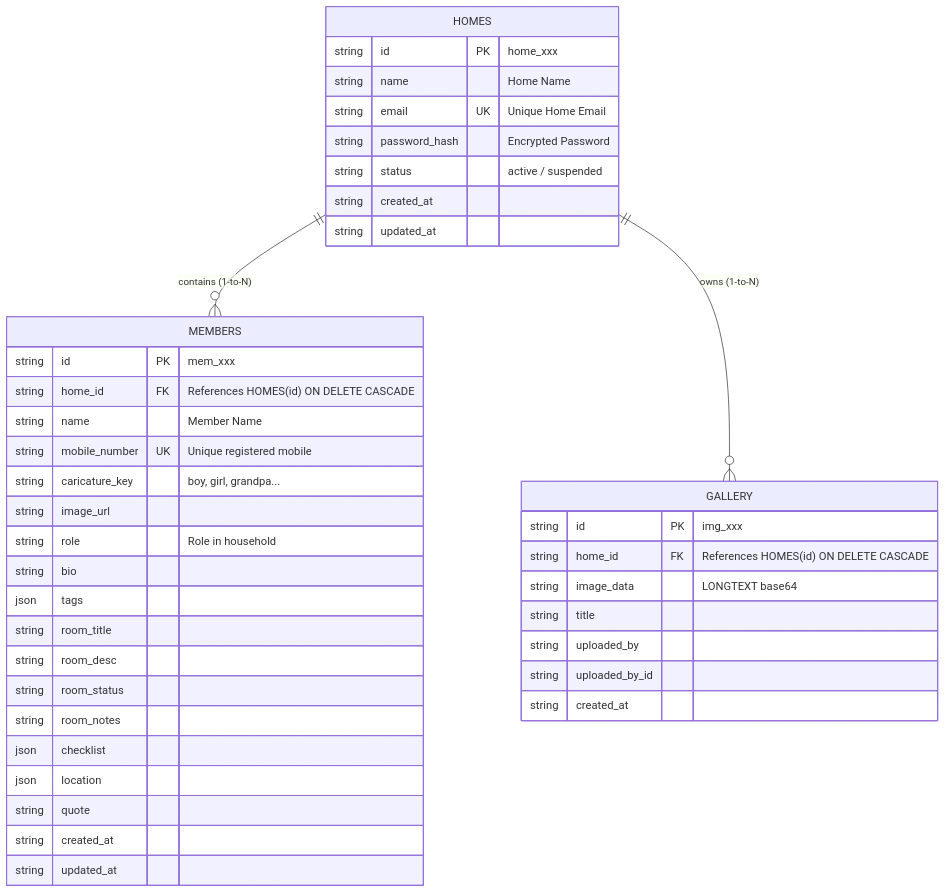
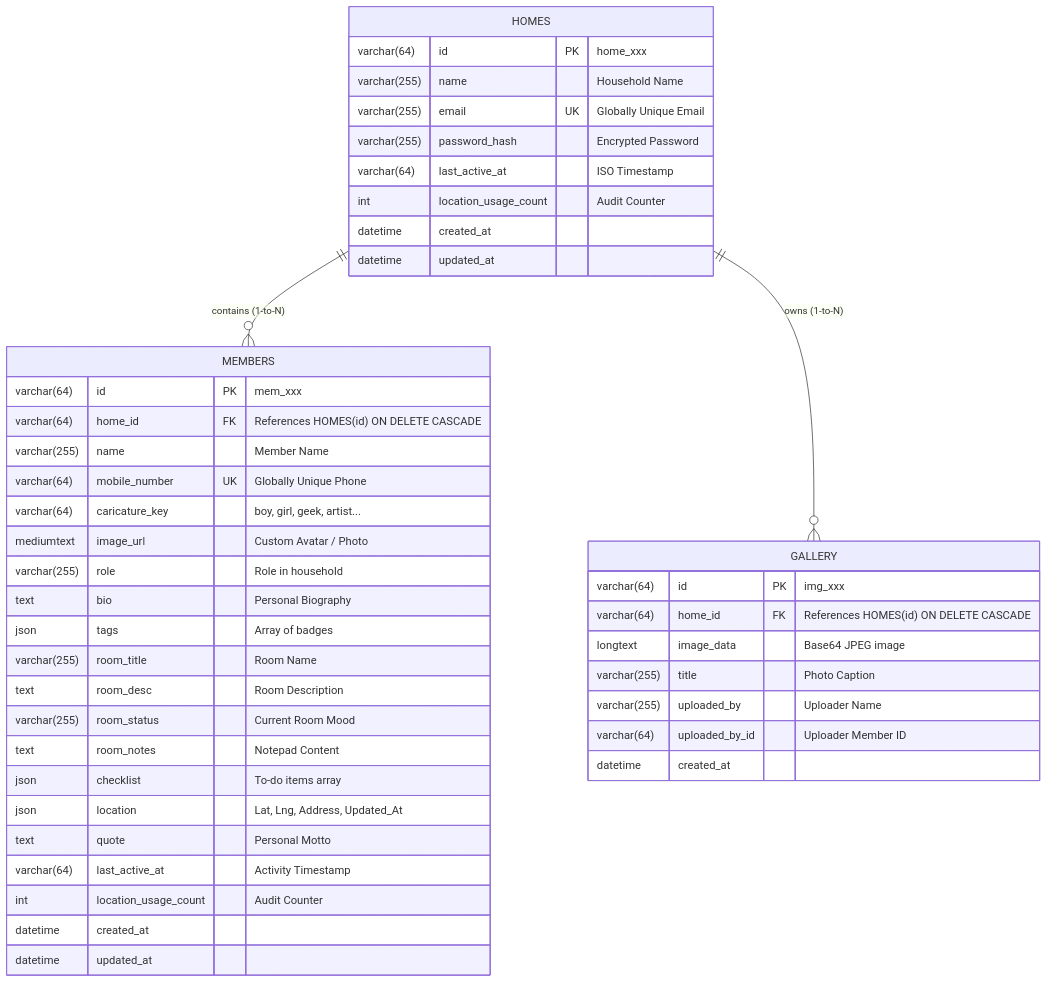
One commit to jishnurajlp777/family-home-app changed the diagram in docs/SRS.md. Above: the diagram before and after it, drawn with Mermaid. The commit also changed other lines of this file and 16 other files, not shown here.

Commit message:
Fix Super Admin home creation, cross-platform data sync, WebRTC signaling, input visibility, and testability hooks for Playwright and Appium

````diff
--- a/docs/SRS.md
+++ b/docs/SRS.md
@@ -147,46 +210,49 @@
 ```mermaid
 erDiagram
     HOMES {
-        string id PK "home_xxx"
-        string name "Home Name"
-        string email UK "Unique Home Email"
-        string password_hash "Encrypted Password"
-        string status "active / suspended"
-        string created_at
-        string updated_at
+        varchar(64) id PK "home_xxx"
+        varchar(255) name "Household Name"
+        varchar(255) email UK "Globally Unique Email"
+        varchar(255) password_hash "Encrypted Password"
+        varchar(64) last_active_at "ISO Timestamp"
+        int location_usage_count "Audit Counter"
+        datetime created_at
+        datetime updated_at
     }
 
     MEMBERS {
-        string id PK "mem_xxx"
-        string home_id FK "References HOMES(id) ON DELETE CASCADE"
-        string name "Member Name"
-        string mobile_number UK "Unique registered mobile"
-        string caricature_key "boy, girl, grandpa..."
-        string image_url
-        string role "Role in household"
-        string bio
-        json tags
-        string room_title
-        string room_desc
-        string room_status
-        string room_notes
-        json checklist
-        json location
-        string quote
-        string created_at
-        string updated_at
+        varchar(64) id PK "mem_xxx"
+        varchar(64) home_id FK "References HOMES(id) ON DELETE CASCADE"
+        varchar(255) name "Member Name"
+        varchar(64) mobile_number UK "Globally Unique Phone"
+        varchar(64) caricature_key "boy, girl, geek, artist..."
+        mediumtext image_url "Custom Avatar / Photo"
+        varchar(255) role "Role in household"
+        text bio "Personal Biography"
+        json tags "Array of badges"
+        varchar(255) room_title "Room Name"
+        text room_desc "Room Description"
+        varchar(255) room_status "Current Room Mood"
+        text room_notes "Notepad Content"
+        json checklist "To-do items array"
+        json location "Lat, Lng, Address, Updated_At"
+        text quote "Personal Motto"
+        varchar(64) last_active_at "Activity Timestamp"
+        int location_usage_count "Audit Counter"
+        datetime created_at
+        datetime updated_at
     }
 
     GALLERY {
-        string id PK "img_xxx"
-        string home_id FK "References HOMES(id) ON DELETE CASCADE"
-        string image_data "LONGTEXT base64"
-        string title
-        string uploaded_by
-        string uploaded_by_id
-        string created_at
+        varchar(64) id PK "img_xxx"
+        varchar(64) home_id FK "References HOMES(id) ON DELETE CASCADE"
+        longtext image_data "Base64 JPEG image"
+        varchar(255) title "Photo Caption"
+        varchar(255) uploaded_by "Uploader Name"
+        varchar(64) uploaded_by_id "Uploader Member ID"
+        datetime created_at
     }
 
     HOMES ||--o{ MEMBERS : "contains (1-to-N)"
     HOMES ||--o{ GALLERY : "owns (1-to-N)"
 ```
````
